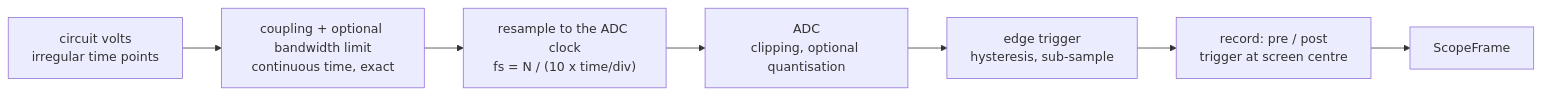
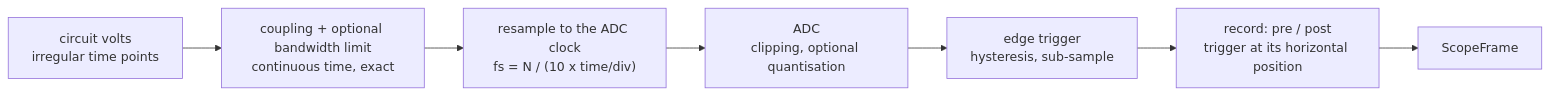
Before and after one commit to sergiorf/proton: the third of 3 diagrams in docs/ARCHITECTURE.md, drawn with Mermaid. The commit also changed 27 other files, not shown here.

````diff
--- a/docs/ARCHITECTURE.md
+++ b/docs/ARCHITECTURE.md
@@ -162,9 +162,9 @@
 ```mermaid
 flowchart LR
   A["circuit volts<br/>irregular time points"] --> B["coupling + optional bandwidth limit<br/>continuous time, exact"]
   B --> C["resample to the ADC clock<br/>fs = N / (10 x time/div)"]
   C --> D["ADC<br/>clipping, optional quantisation"]
   D --> E["edge trigger<br/>hysteresis, sub-sample"]
-  E --> F["record: pre / post<br/>trigger at screen centre"]
+  E --> F["record: pre / post<br/>trigger at its horizontal position"]
   F --> G["ScopeFrame"]
 ```
````
